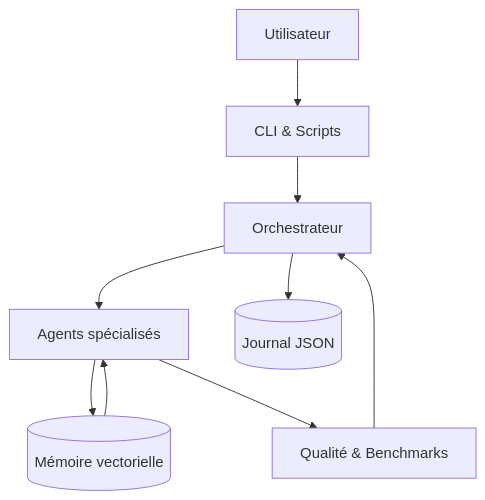
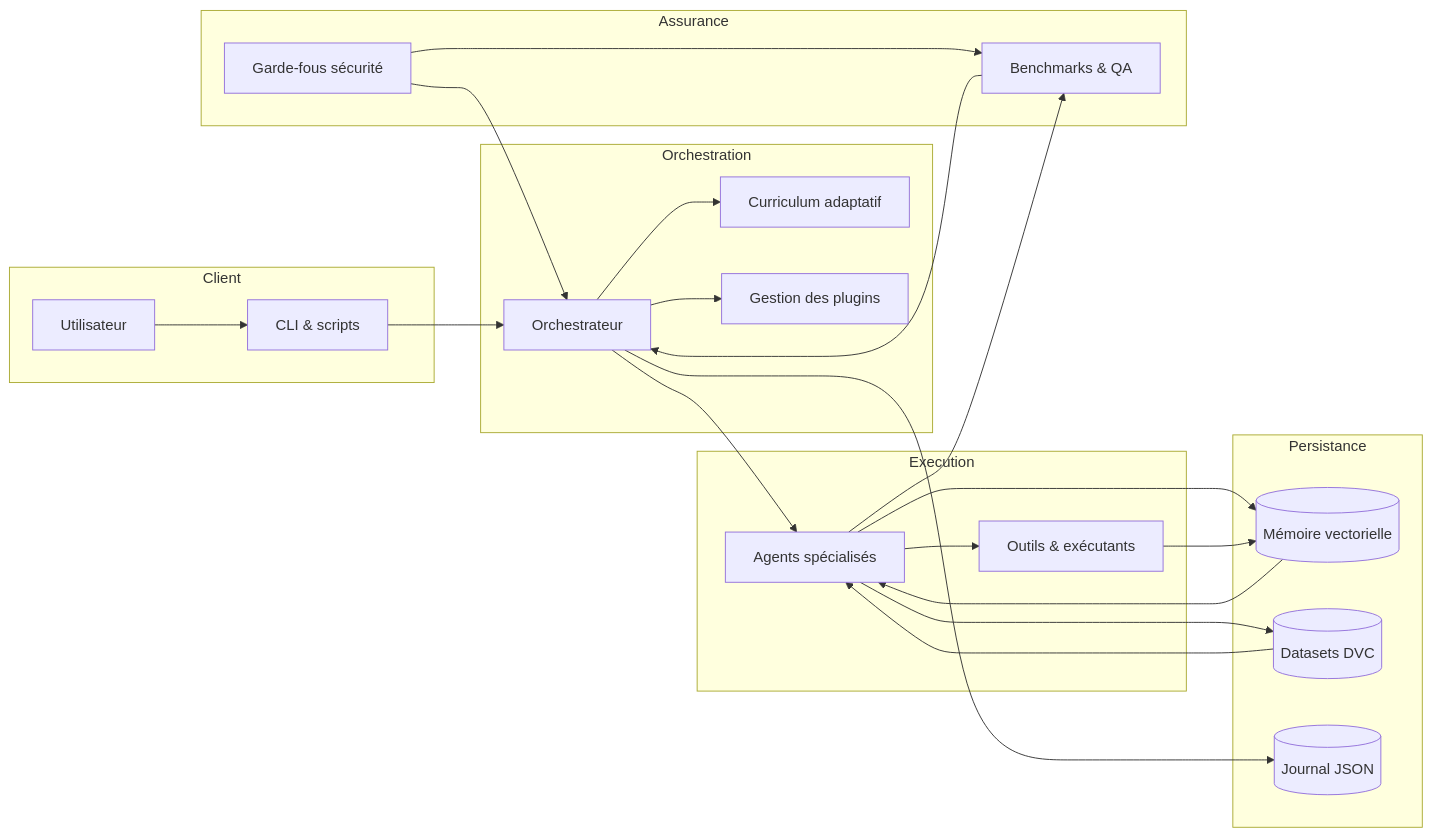
The first of 3 diagrams in docs/architecture.md (francis18georges-png/Watcher), drawn with Mermaid before and after one commit. The commit also changed other lines of this file and 5 other files, not shown here.

Commit message:
Document site architecture and configure Pages deployment

````diff
--- a/docs/architecture.md
+++ b/docs/architecture.md
@@ -22,19 +22,45 @@
 ```mermaid
-flowchart TD
-    User[Utilisateur]
-    CLI[CLI & Scripts]
-    Core[Orchestrateur]
-    Agents[Agents spécialisés]
-    Memory[(Mémoire vectorielle)]
-    QA[Qualité & Benchmarks]
-    Logs[(Journal JSON)]
+flowchart LR
+    subgraph Client
+        User[Utilisateur]
+        CLI[CLI & scripts]
+    end
 
-    User --> CLI
-    CLI --> Core
+    subgraph Orchestration
+        Core[Orchestrateur]
+        Curriculum[Curriculum adaptatif]
+        Plugins[Gestion des plugins]
+    end
+
+    subgraph Execution
+        Agents[Agents spécialisés]
+        Tools[Outils & exécutants]
+    end
+
+    subgraph DataLayer[Persistance]
+        Memory[(Mémoire vectorielle)]
+        Datasets[(Datasets DVC)]
+        Logs[(Journal JSON)]
+    end
+
+    subgraph Assurance
+        QA[Benchmarks & QA]
+        Security[Garde-fous sécurité]
+    end
+
+    User --> CLI --> Core
+    Core --> Curriculum
+    Core --> Plugins
     Core --> Agents
+    Agents --> Tools
+    Agents --> QA
+    QA --> Core
     Agents --> Memory
-    Agents --> QA
+    Tools --> Memory
+    Memory --> Agents
     Core --> Logs
-    QA --> Core
-    Memory --> Agents
+    Security --> Core
+    Security --> QA
+    Datasets --> Agents
+    Agents --> Datasets
 ```
````
